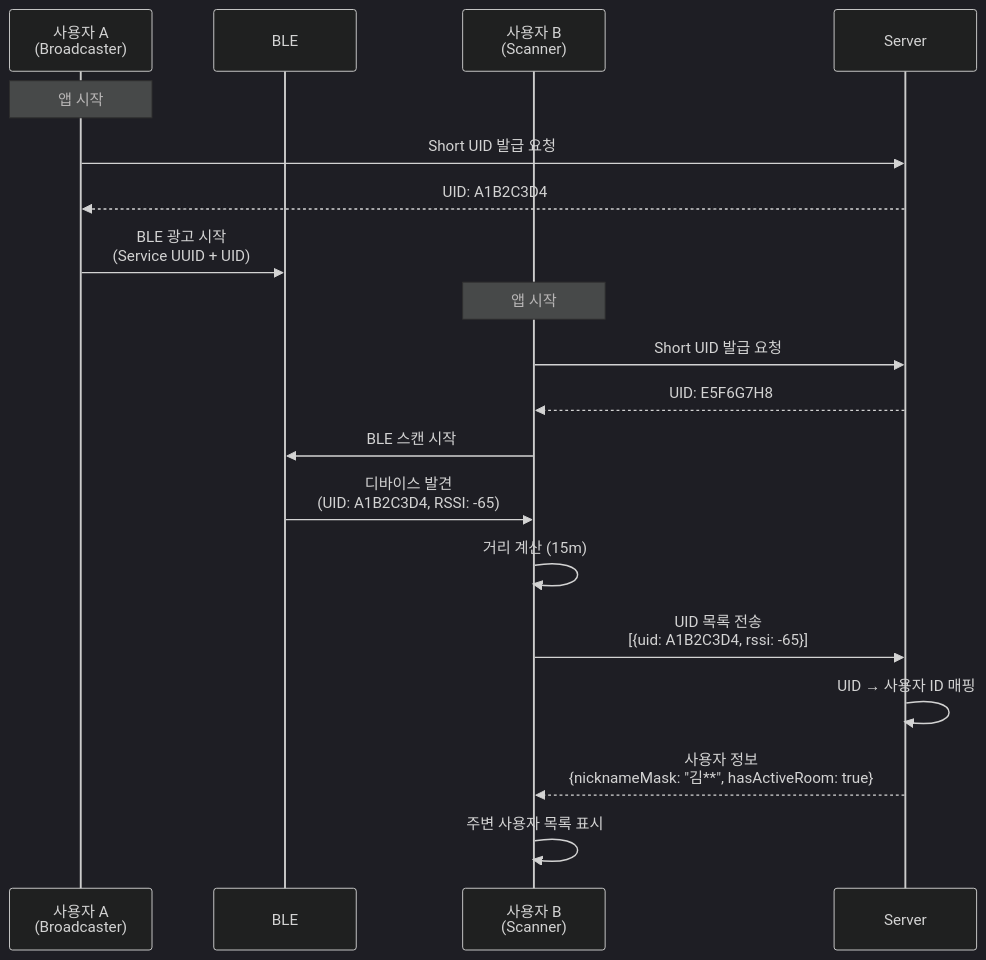
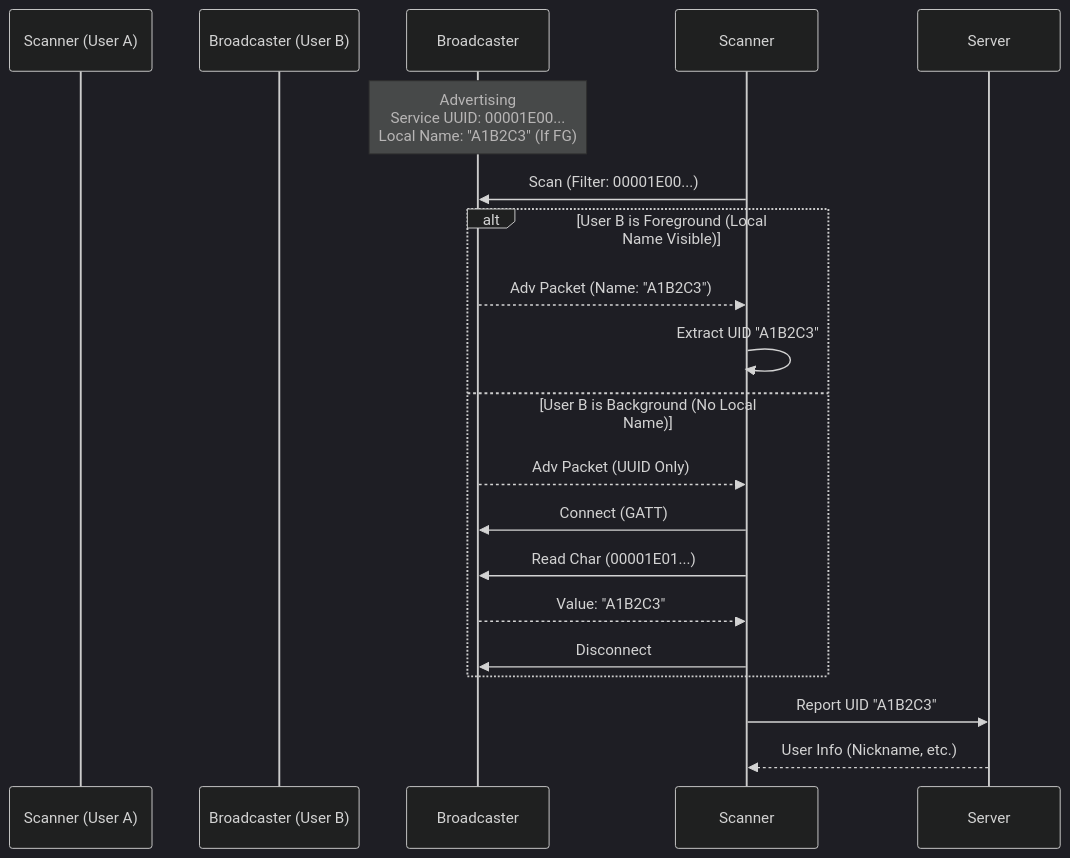
The diagram in docs/functional-spec/04-ble-discovery.md (bulpan/YEO.PE), drawn with Mermaid (dark theme) before and after one commit. The commit also changed other lines of this file and 80 other files, not shown here.

````diff
--- a/docs/functional-spec/04-ble-discovery.md
+++ b/docs/functional-spec/04-ble-discovery.md
@@ -387,24 +231,23 @@
 ```mermaid
 sequenceDiagram
-    participant Client1 as 사용자 A<br/>(Broadcaster)
-    participant BLE
-    participant Client2 as 사용자 B<br/>(Scanner)
-    participant Server
-
-    Note over Client1: 앱 시작
-    Client1->>Server: Short UID 발급 요청
-    Server-->>Client1: UID: A1B2C3D4
-    Client1->>BLE: BLE 광고 시작<br/>(Service UUID + UID)
+    participant Scanner (User A)
+    participant Broadcaster (User B)
     
-    Note over Client2: 앱 시작
-    Client2->>Server: Short UID 발급 요청
-    Server-->>Client2: UID: E5F6G7H8
-    Client2->>BLE: BLE 스캔 시작
+    Note over Broadcaster: Advertising<br/>Service UUID: 00001E00...<br/>Local Name: "A1B2C3" (If FG)
     
-    BLE->>Client2: 디바이스 발견<br/>(UID: A1B2C3D4, RSSI: -65)
-    Client2->>Client2: 거리 계산 (15m)
-    Client2->>Server: UID 목록 전송<br/>[{uid: A1B2C3D4, rssi: -65}]
-    Server->>Server: UID → 사용자 ID 매핑
-    Server-->>Client2: 사용자 정보<br/>{nicknameMask: "김**", hasActiveRoom: true}
-    Client2->>Client2: 주변 사용자 목록 표시
+    Scanner->>Broadcaster: Scan (Filter: 00001E00...)
+    
+    alt User B is Foreground (Local Name Visible)
+        Broadcaster-->>Scanner: Adv Packet (Name: "A1B2C3")
+        Scanner->>Scanner: Extract UID "A1B2C3"
+    else User B is Background (No Local Name)
+        Broadcaster-->>Scanner: Adv Packet (UUID Only)
+        Scanner->>Broadcaster: Connect (GATT)
+        Scanner->>Broadcaster: Read Char (00001E01...)
+        Broadcaster-->>Scanner: Value: "A1B2C3"
+        Scanner->>Broadcaster: Disconnect
+    end
+    
+    Scanner->>Server: Report UID "A1B2C3"
+    Server-->>Scanner: User Info (Nickname, etc.)
 ```
````
